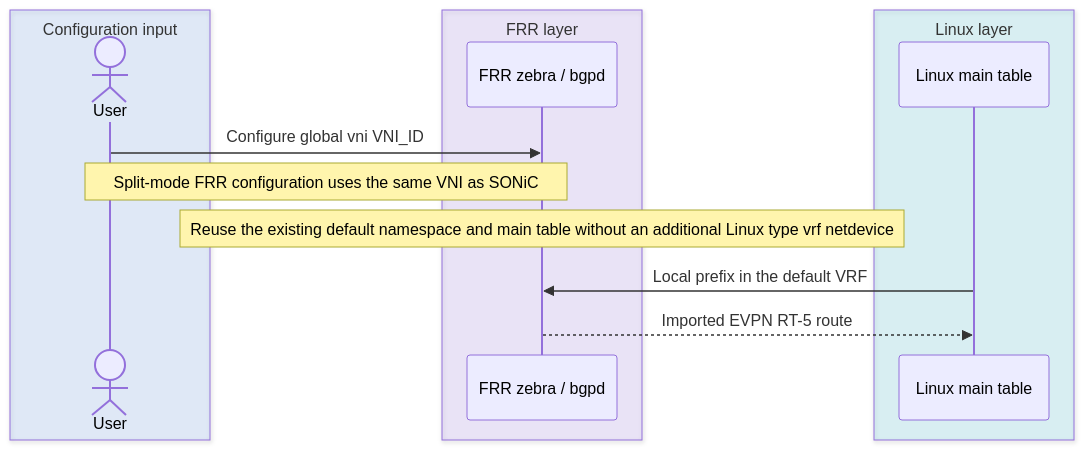
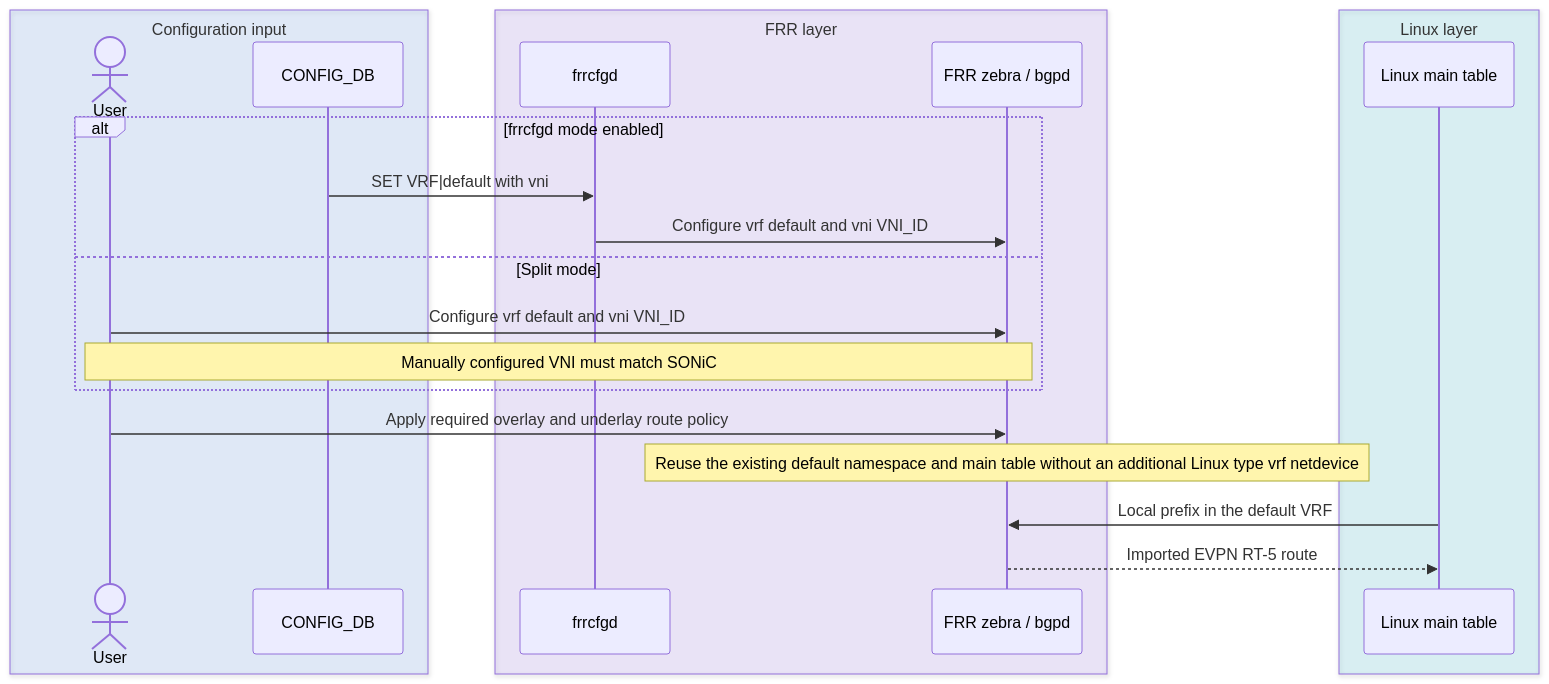
One commit to sonic-net/SONiC changed the third of 4 diagrams in doc/vxlan/l3vni_default_vrf_hld.md. Above: the diagram before and after it, drawn with Mermaid. The commit also changed other lines of this file, not shown here.

Commit message:
doc: address default VRF L3VNI review feedback

````diff
--- a/doc/vxlan/l3vni_default_vrf_hld.md
+++ b/doc/vxlan/l3vni_default_vrf_hld.md
@@ -150,18 +154,26 @@
 ```mermaid
 sequenceDiagram
     box rgba(59,130,246,0.12) Configuration input
         actor User
+        participant CDB as CONFIG_DB
     end
     box rgba(139,92,246,0.12) FRR layer
+        participant FC as frrcfgd
         participant FRR as FRR zebra / bgpd
     end
     box rgba(6,182,212,0.12) Linux layer
         participant GRT as Linux main table
     end
 
-    User->>FRR: Configure global vni VNI_ID
-    Note over User,FRR: Split-mode FRR configuration uses the same VNI as SONiC
+    alt frrcfgd mode enabled
+        CDB->>FC: SET VRF|default with vni
+        FC->>FRR: Configure vrf default and vni VNI_ID
+    else Split mode
+        User->>FRR: Configure vrf default and vni VNI_ID
+        Note over User,FRR: Manually configured VNI must match SONiC
+    end
+    User->>FRR: Apply required overlay and underlay route policy
     Note over FRR: Reuse the existing default namespace and main table without an additional Linux type vrf netdevice
     GRT->>FRR: Local prefix in the default VRF
     FRR-->>GRT: Imported EVPN RT-5 route
 ```
````
